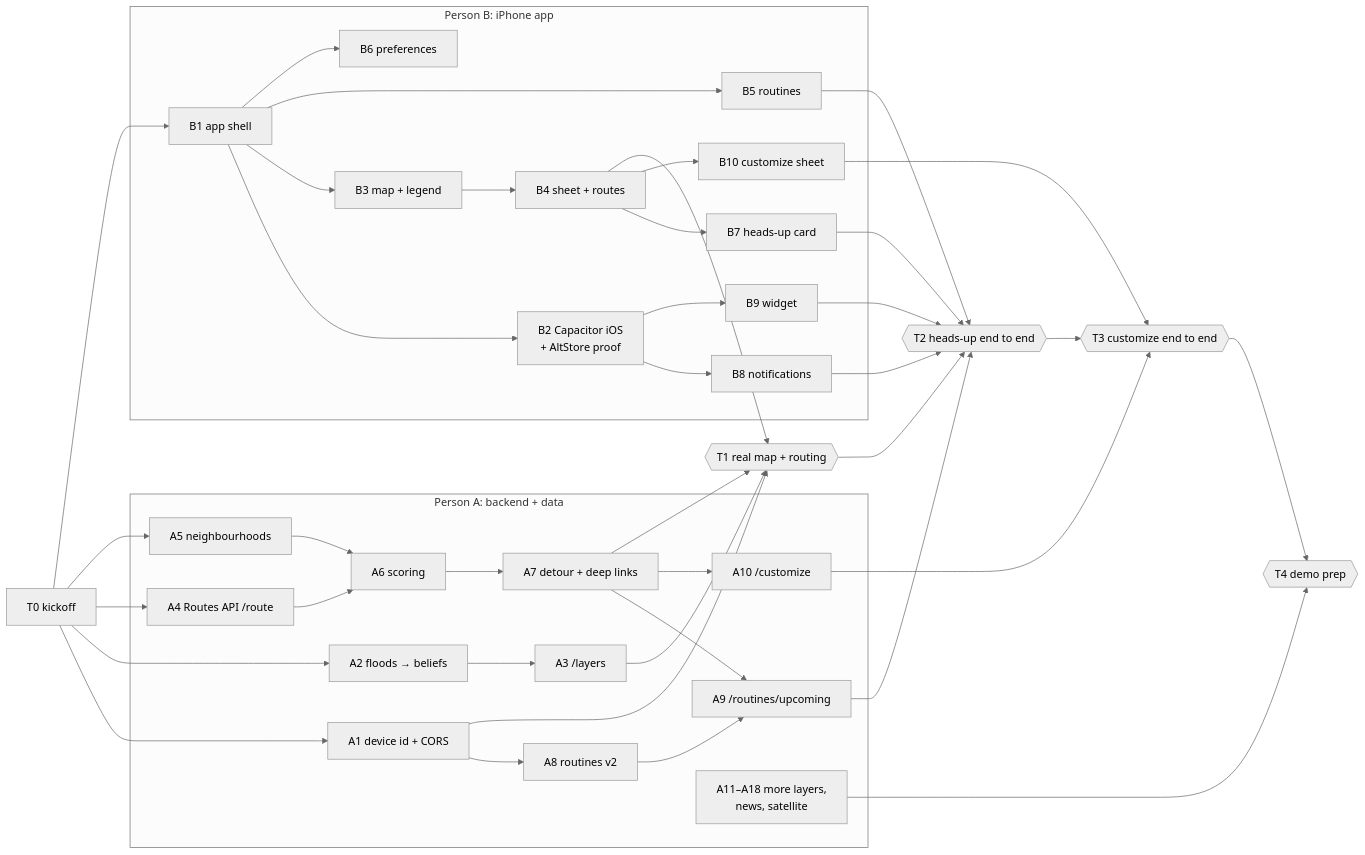
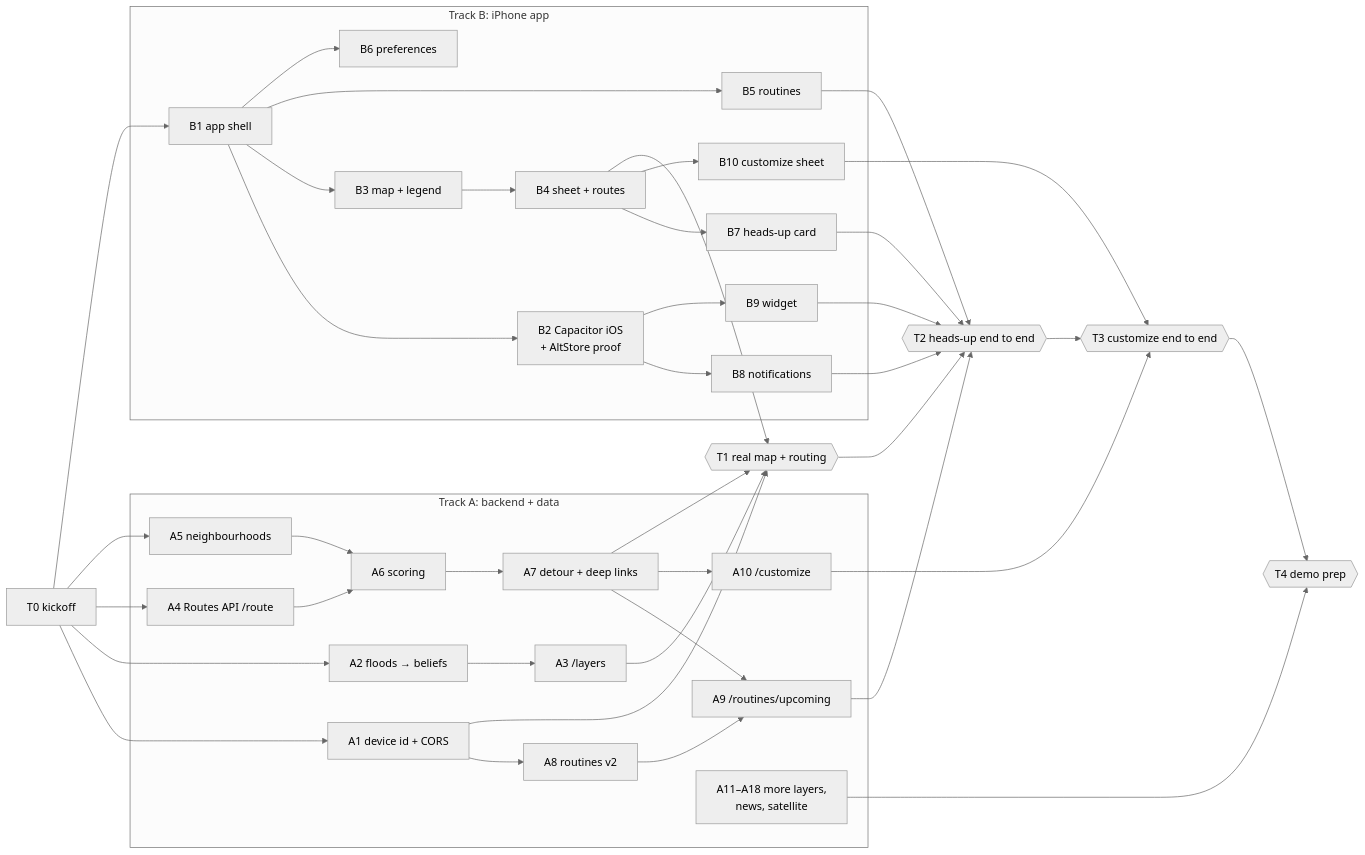
Before and after one commit to TomasPessagno/mapay: the diagram in TASKS.md, drawn with Mermaid (neutral theme). The commit also changed other lines of this file and 1 other file, not shown here.

````diff
--- a/TASKS.md
+++ b/TASKS.md
@@ -95,49 +157,49 @@
 ```mermaid
 flowchart LR
     T0[T0 kickoff]
-    subgraph A[Person A: backend + data]
+    subgraph A[Track A: backend + data]
         A1[A1 device id + CORS]
         A2[A2 floods → beliefs]
         A3[A3 /layers]
         A4[A4 Routes API /route]
         A5[A5 neighbourhoods]
         A6[A6 scoring]
         A7[A7 detour + deep links]
         A8[A8 routines v2]
         A9[A9 /routines/upcoming]
         A10[A10 /customize]
         AD[A11–A18 more layers,<br/>news, satellite]
     end
-    subgraph B[Person B: iPhone app]
+    subgraph B[Track B: iPhone app]
         B1[B1 app shell]
         B2[B2 Capacitor iOS<br/>+ AltStore proof]
         B3[B3 map + legend]
         B4[B4 sheet + routes]
         B5[B5 routines]
         B6[B6 preferences]
         B7[B7 heads-up card]
         B8[B8 notifications]
         B9[B9 widget]
         B10[B10 customize sheet]
     end
     T1{{T1 real map + routing}}
     T2{{T2 heads-up end to end}}
     T3{{T3 customize end to end}}
     T4{{T4 demo prep}}
     T0 --> A1 & A2 & A4 & A5 & B1
     A2 --> A3
     A4 --> A6
     A5 --> A6 --> A7
     A1 --> A8 --> A9
     A7 --> A9
     A7 --> A10
     B1 --> B2 & B3 & B5 & B6
     B3 --> B4 --> B7
     B4 --> B10
     B2 --> B8 & B9
     A1 & A3 & A7 & B4 --> T1
     A9 & B5 & B7 & B8 & B9 --> T2
     A10 & B10 --> T3
     T1 --> T2 --> T3 --> T4
     AD --> T4
 ```
````
